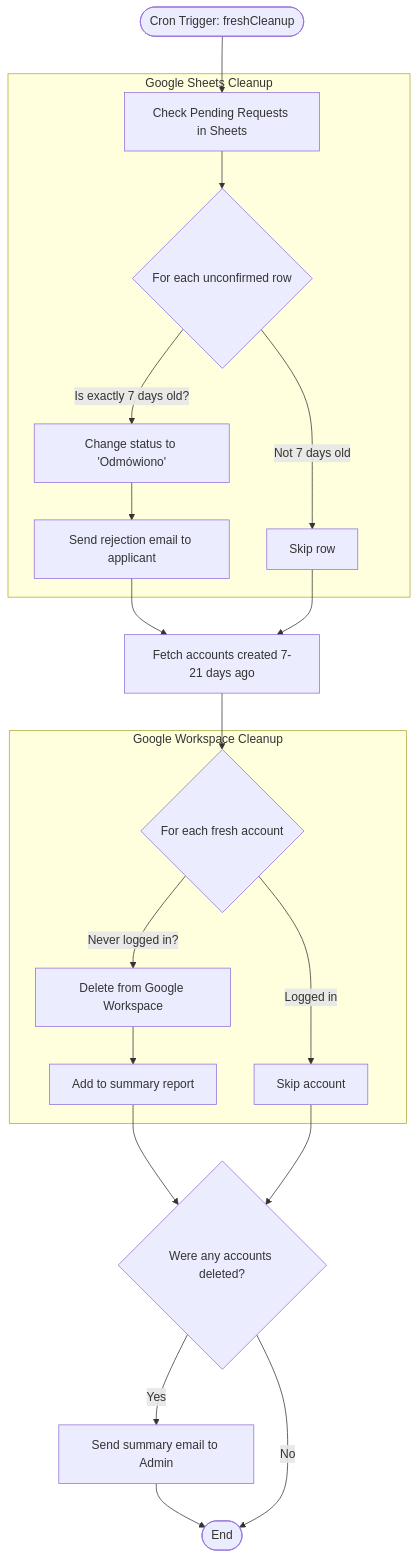
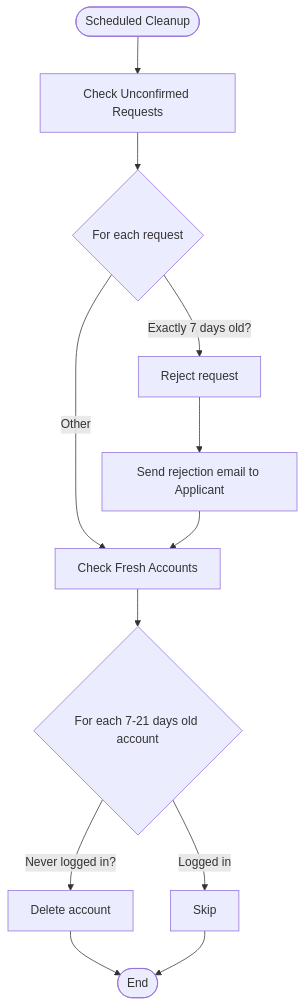
The second of 3 diagrams in README.md (19pdh/user-manager), drawn with Mermaid before and after one commit. The commit also changed other lines of this file, not shown here.

First line of the commit message:
docs: Add simplified Mermaid process diagrams

````diff
--- a/README.md
+++ b/README.md
@@ -86,31 +76,18 @@
 ```mermaid
 flowchart TD
-    Start([Cron Trigger: freshCleanup]) --> CleanSheet[Check Pending Requests in Sheets]
+    Start([Scheduled Cleanup]) --> CheckRequests[Check Unconfirmed Requests]
 
-    subgraph cleanupPendingRequests [Google Sheets Cleanup]
-        CleanSheet --> SheetLoop{For each unconfirmed row}
-        SheetLoop -->|Is exactly 7 days old?| RejectReq[Change status to 'Odmówiono']
-        RejectReq --> NotifyApplicant[Send rejection email to applicant]
-        SheetLoop -->|Not 7 days old| NextRow1[Skip row]
-    end
+    CheckRequests --> RequestLoop{For each request}
+    RequestLoop -->|Exactly 7 days old?| Reject[Reject request]
+    Reject --> EmailApplicant[Send rejection email to Applicant]
+    RequestLoop -->|Other| CheckAccounts[Check Fresh Accounts]
 
-    NotifyApplicant --> FetchAccounts
-    NextRow1 --> FetchAccounts
+    EmailApplicant --> CheckAccounts
 
-    FetchAccounts[Fetch accounts created 7-21 days ago] --> AccountLoop
+    CheckAccounts --> AccountLoop{For each 7-21 days old account}
+    AccountLoop -->|Never logged in?| Delete[Delete account]
+    AccountLoop -->|Logged in| Next[Skip]
 
-    subgraph Fresh Accounts Cleanup [Google Workspace Cleanup]
-        AccountLoop{For each fresh account}
-        AccountLoop -->|Never logged in?| DeleteAcc[Delete from Google Workspace]
-        DeleteAcc --> AddToSummary[Add to summary report]
-        AccountLoop -->|Logged in| NextRow2[Skip account]
-    end
-
-    AddToSummary --> EndCheck
-    NextRow2 --> EndCheck
-
-    EndCheck{Were any accounts deleted?}
-    EndCheck -->|Yes| SendReport[Send summary email to Admin]
-    SendReport --> End([End])
-    EndCheck -->|No| End
+    Delete --> End([End])
+    Next --> End
 ```
````
